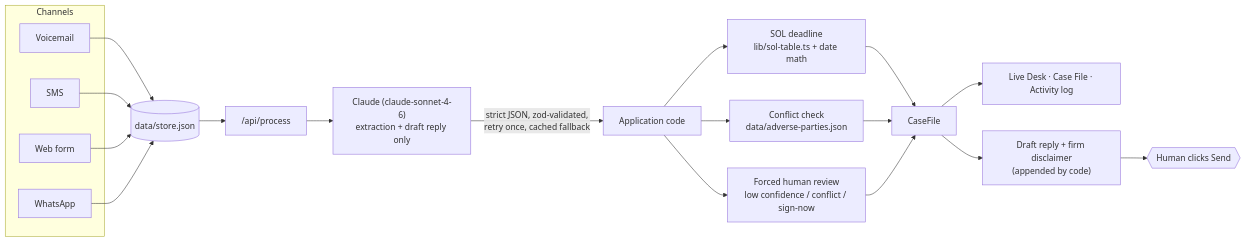
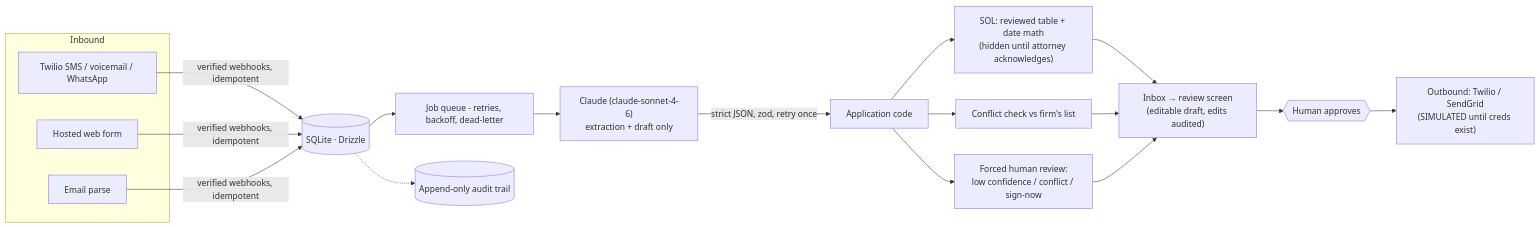
One commit to IbrahimMalick/PersonalInjuryLawFirm changed the diagram in README.md. Above: the diagram before and after it, drawn with Mermaid. The commit also changed other lines of this file and 10 other files, not shown here.

````diff
--- a/README.md
+++ b/README.md
@@ -20,17 +30,17 @@
 ```mermaid
 flowchart LR
-    subgraph Channels
-        VM[Voicemail] & SMS[SMS] & WF[Web form] & WA[WhatsApp]
+    subgraph Inbound
+        TW[Twilio SMS / voicemail / WhatsApp] & WF[Hosted web form] & EM[Email parse]
     end
-    VM & SMS & WF & WA --> STORE[(data/store.json)]
-    STORE --> API["/api/process"]
-    API --> LLM["Claude (claude-sonnet-4-6)\nextraction + draft reply only"]
-    LLM -->|"strict JSON, zod-validated,\nretry once, cached fallback"| CODE[Application code]
-    CODE --> SOL["SOL deadline\nlib/sol-table.ts + date math"]
-    CODE --> CONF["Conflict check\ndata/adverse-parties.json"]
-    CODE --> REV["Forced human review\nlow confidence / conflict / sign-now"]
-    SOL & CONF & REV --> CF[CaseFile]
-    CF --> UI["Live Desk · Case File · Activity log"]
-    CF --> REPLY["Draft reply + firm disclaimer\n(appended by code)"]
-    REPLY --> HUMAN{{"Human clicks Send"}}
+    TW & WF & EM -->|verified webhooks, idempotent| DB[(SQLite · Drizzle)]
+    DB --> Q[Job queue - retries, backoff, dead-letter]
+    Q --> LLM["Claude (claude-sonnet-4-6)\nextraction + draft only"]
+    LLM -->|strict JSON, zod, retry once| CODE[Application code]
+    CODE --> SOL["SOL: reviewed table + date math\n(hidden until attorney acknowledges)"]
+    CODE --> CONF["Conflict check vs firm's list"]
+    CODE --> REV["Forced human review:\nlow confidence / conflict / sign-now"]
+    SOL & CONF & REV --> UI["Inbox → review screen\n(editable draft, edits audited)"]
+    UI --> HUMAN{{"Human approves"}}
+    HUMAN --> OUT["Outbound: Twilio / SendGrid\n(SIMULATED until creds exist)"]
+    DB -.-> AUDIT[(Append-only audit trail)]
 ```
````
